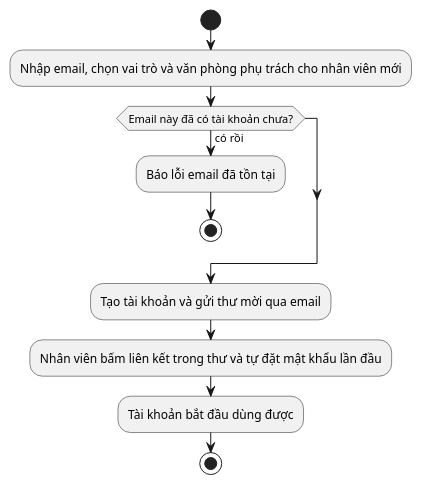
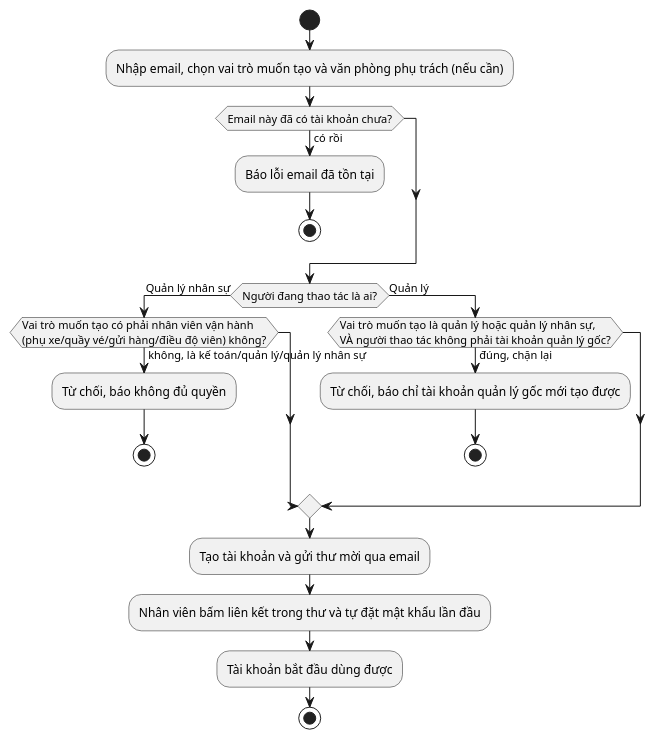
Diagram 45 of 52 in UML_DIAGRAMS.md (nguyenvietanhit19/Project1_HeThongQuanLyNhaXeKhachLienTinh), drawn with PlantUML before and after one commit. The commit also changed other lines of this file and 4 other files, not shown here.

````diff
--- a/UML_DIAGRAMS.md
+++ b/UML_DIAGRAMS.md
@@ -983,14 +1069,25 @@
 ```plantuml
 @startuml AD_UC36_TaoTaiKhoanNhanVien
 start
-:Nhập email, chọn vai trò và văn phòng phụ trách cho nhân viên mới;
+:Nhập email, chọn vai trò muốn tạo và văn phòng phụ trách (nếu cần);
 if (Email này đã có tài khoản chưa?) then (có rồi)
   :Báo lỗi email đã tồn tại;
   stop
+endif
+if (Người đang thao tác là ai?) then (Quản lý nhân sự)
+  if (Vai trò muốn tạo có phải nhân viên vận hành\n(phụ xe/quầy vé/gửi hàng/điều độ viên) không?) then (không, là kế toán/quản lý/quản lý nhân sự)
+    :Từ chối, báo không đủ quyền;
+    stop
+  endif
+else (Quản lý)
+  if (Vai trò muốn tạo là quản lý hoặc quản lý nhân sự,\nVÀ người thao tác không phải tài khoản quản lý gốc?) then (đúng, chặn lại)
+    :Từ chối, báo chỉ tài khoản quản lý gốc mới tạo được;
+    stop
+  endif
 endif
 :Tạo tài khoản và gửi thư mời qua email;
 :Nhân viên bấm liên kết trong thư và tự đặt mật khẩu lần đầu;
 :Tài khoản bắt đầu dùng được;
 stop
 @enduml
 ```
````
